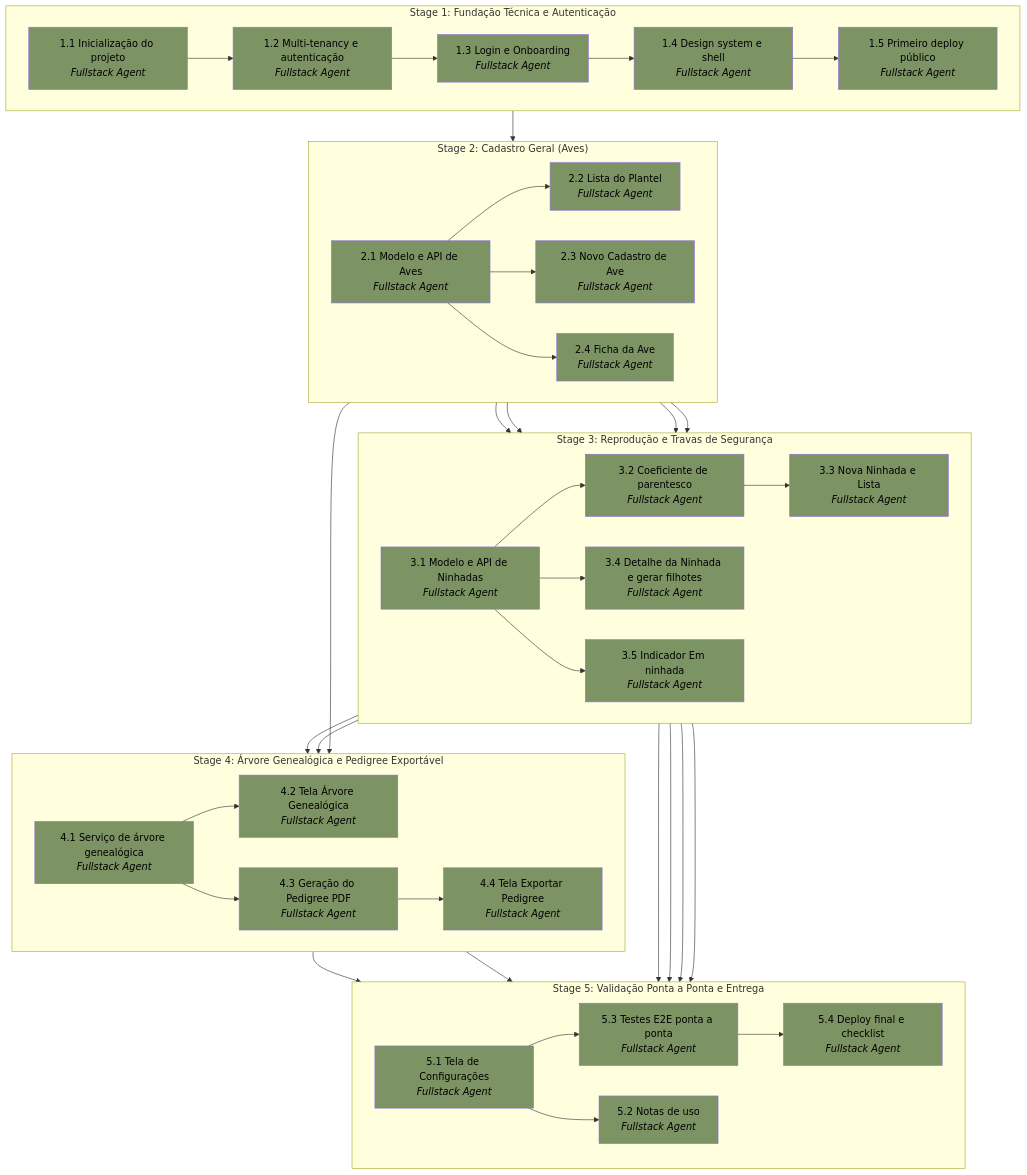
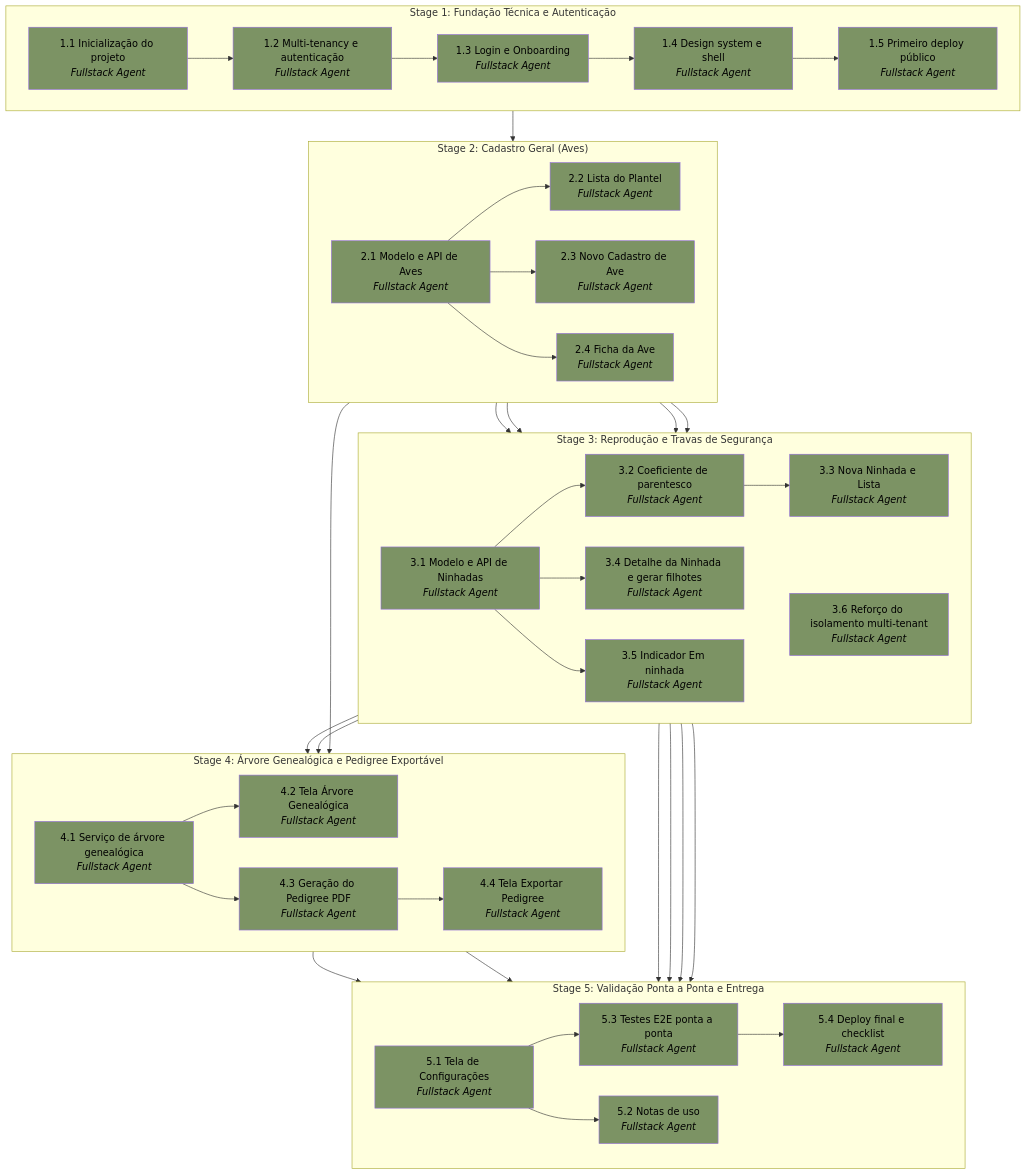
Before and after one commit to gersonvan/ninhal: the diagram in .apm/plan.md, drawn with Mermaid. The commit also changed other lines of this file and 2 other files, not shown here.

First line of the commit message:
docs: adicionar Task 3.6 de reforço do isolamento multi-tenant

````diff
--- a/.apm/plan.md
+++ b/.apm/plan.md
@@ -26,78 +26,80 @@
 ```mermaid
 graph TB
 
 subgraph S1["Stage 1: Fundação Técnica e Autenticação"]
   direction LR
   T1_1["1.1 Inicialização do projeto<br/><i>Fullstack Agent</i>"] --> T1_2["1.2 Multi-tenancy e autenticação<br/><i>Fullstack Agent</i>"]
   T1_2 --> T1_3["1.3 Login e Onboarding<br/><i>Fullstack Agent</i>"]
   T1_3 --> T1_4["1.4 Design system e shell<br/><i>Fullstack Agent</i>"]
   T1_4 --> T1_5["1.5 Primeiro deploy público<br/><i>Fullstack Agent</i>"]
 end
 
 subgraph S2["Stage 2: Cadastro Geral (Aves)"]
   direction LR
   T2_1["2.1 Modelo e API de Aves<br/><i>Fullstack Agent</i>"] --> T2_2["2.2 Lista do Plantel<br/><i>Fullstack Agent</i>"]
   T2_1 --> T2_3["2.3 Novo Cadastro de Ave<br/><i>Fullstack Agent</i>"]
   T2_1 --> T2_4["2.4 Ficha da Ave<br/><i>Fullstack Agent</i>"]
 end
 
 subgraph S3["Stage 3: Reprodução e Travas de Segurança"]
   direction LR
   T3_1["3.1 Modelo e API de Ninhadas<br/><i>Fullstack Agent</i>"] --> T3_2["3.2 Coeficiente de parentesco<br/><i>Fullstack Agent</i>"]
   T3_2 --> T3_3["3.3 Nova Ninhada e Lista<br/><i>Fullstack Agent</i>"]
   T3_1 --> T3_4["3.4 Detalhe da Ninhada e gerar filhotes<br/><i>Fullstack Agent</i>"]
   T3_1 --> T3_5["3.5 Indicador Em ninhada<br/><i>Fullstack Agent</i>"]
+  T3_6["3.6 Reforço do isolamento multi-tenant<br/><i>Fullstack Agent</i>"]
 end
 
 subgraph S4["Stage 4: Árvore Genealógica e Pedigree Exportável"]
   direction LR
   T4_1["4.1 Serviço de árvore genealógica<br/><i>Fullstack Agent</i>"] --> T4_2["4.2 Tela Árvore Genealógica<br/><i>Fullstack Agent</i>"]
   T4_1 --> T4_3["4.3 Geração do Pedigree PDF<br/><i>Fullstack Agent</i>"]
   T4_3 --> T4_4["4.4 Tela Exportar Pedigree<br/><i>Fullstack Agent</i>"]
 end
 
 subgraph S5["Stage 5: Validação Ponta a Ponta e Entrega"]
   direction LR
   T5_1["5.1 Tela de Configurações<br/><i>Fullstack Agent</i>"] --> T5_3["5.3 Testes E2E ponta a ponta<br/><i>Fullstack Agent</i>"]
   T5_3 --> T5_4["5.4 Deploy final e checklist<br/><i>Fullstack Agent</i>"]
   T5_1 --> T5_2["5.2 Notas de uso<br/><i>Fullstack Agent</i>"]
 end
 
 T1_5 --> T2_1
 T2_1 --> T3_1
 T2_3 --> T3_4
 T2_2 --> T3_5
 T2_4 --> T3_5
 T2_1 --> T4_1
 T3_1 --> T4_2
 T3_2 --> T4_2
 T3_1 --> T5_1
 T3_2 --> T5_1
 T4_4 --> T5_2
 T3_5 --> T5_2
 T4_4 --> T5_3
 T3_5 --> T5_3
 
 style T1_1 fill:#7C9364,color:#000
 style T1_2 fill:#7C9364,color:#000
 style T1_3 fill:#7C9364,color:#000
 style T1_4 fill:#7C9364,color:#000
 style T1_5 fill:#7C9364,color:#000
 style T2_1 fill:#7C9364,color:#000
 style T2_2 fill:#7C9364,color:#000
 style T2_3 fill:#7C9364,color:#000
 style T2_4 fill:#7C9364,color:#000
 style T3_1 fill:#7C9364,color:#000
 style T3_2 fill:#7C9364,color:#000
 style T3_3 fill:#7C9364,color:#000
 style T3_4 fill:#7C9364,color:#000
 style T3_5 fill:#7C9364,color:#000
+style T3_6 fill:#7C9364,color:#000
 style T4_1 fill:#7C9364,color:#000
 style T4_2 fill:#7C9364,color:#000
 style T4_3 fill:#7C9364,color:#000
 style T4_4 fill:#7C9364,color:#000
 style T5_1 fill:#7C9364,color:#000
 style T5_2 fill:#7C9364,color:#000
 style T5_3 fill:#7C9364,color:#000
 style T5_4 fill:#7C9364,color:#000
 ```
````
